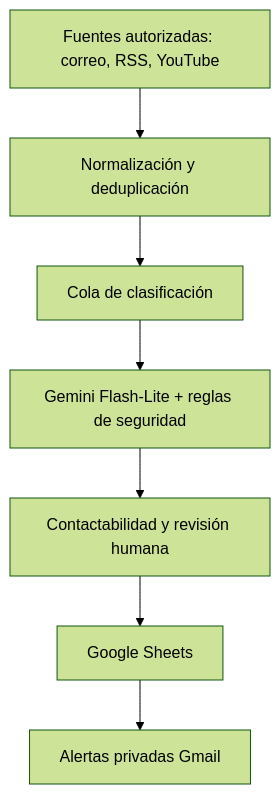
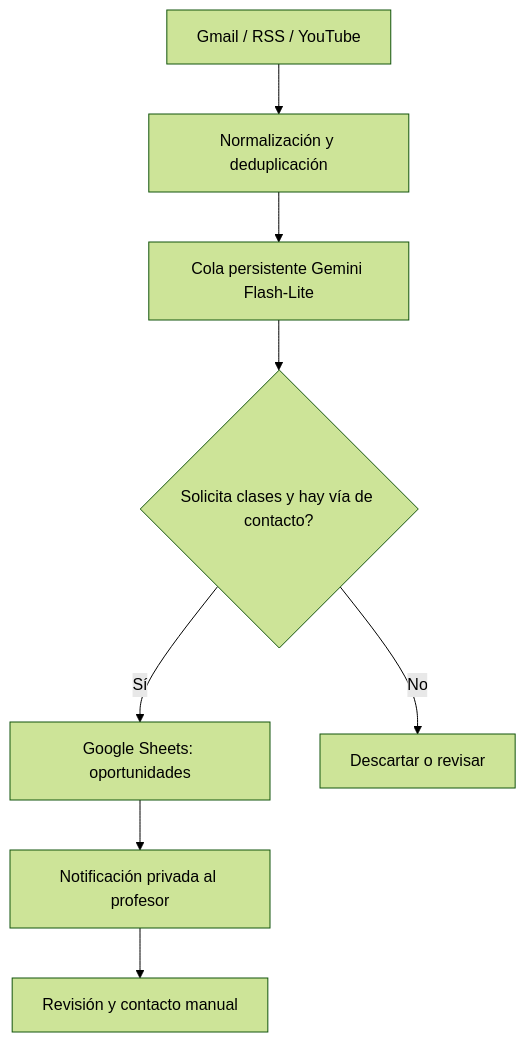
The diagram in README.md (metecondrie/student-lead-discovery-agent), drawn with Mermaid (forest theme) before and after one commit. The commit also changed other lines of this file, not shown here.

````diff
--- a/README.md
+++ b/README.md
@@ -14,9 +7,10 @@
 ```mermaid
 flowchart TD
-  A[Fuentes autorizadas: correo, RSS, YouTube] --> B[Normalización y deduplicación]
-  B --> C[Cola de clasificación]
-  C --> D[Gemini Flash-Lite + reglas de seguridad]
-  D --> E[Contactabilidad y revisión humana]
-  E --> F[Google Sheets]
-  F --> G[Alertas privadas Gmail]
+  A[Gmail / RSS / YouTube] --> B[Normalización y deduplicación]
+  B --> C[Cola persistente Gemini Flash-Lite]
+  C --> D{Solicita clases y hay vía de contacto?}
+  D -->|Sí| E[Google Sheets: oportunidades]
+  D -->|No| F[Descartar o revisar]
+  E --> G[Notificación privada al profesor]
+  G --> H[Revisión y contacto manual]
 ```
````
